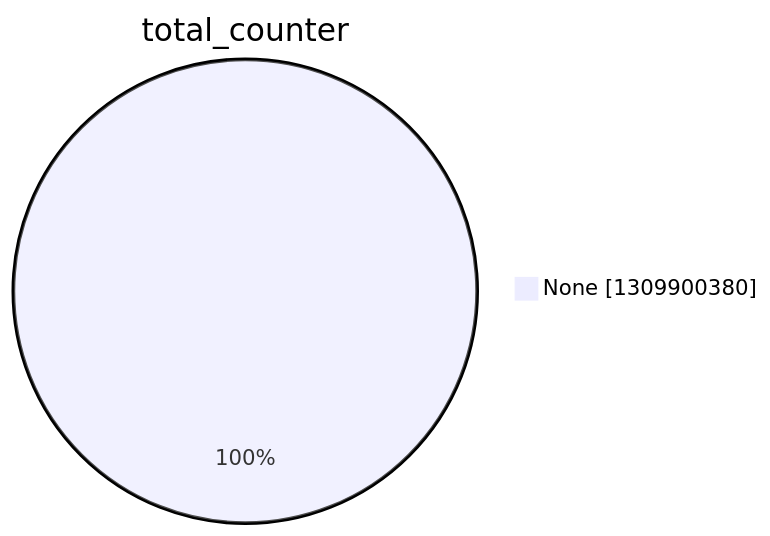
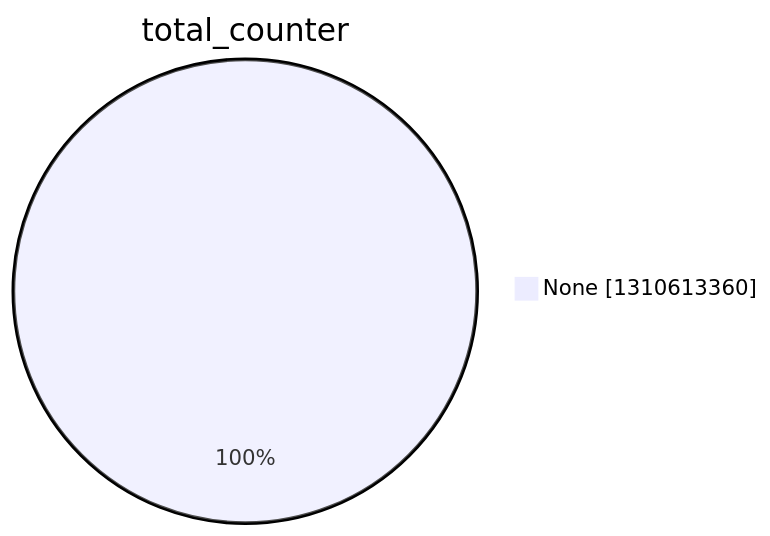
One commit to christiankrug/ctmonitor_visualization changed the second of 15 diagrams in argon2022/README.md. Above: the diagram before and after it, drawn with Mermaid. The commit also changed other lines of this file, not shown here.

````diff
--- a/argon2022/README.md
+++ b/argon2022/README.md
@@ -9,5 +9,5 @@
 ```mermaid
 pie showData
 title total_counter
-"None" :1309900380
+"None" :1310613360
 ```
````
